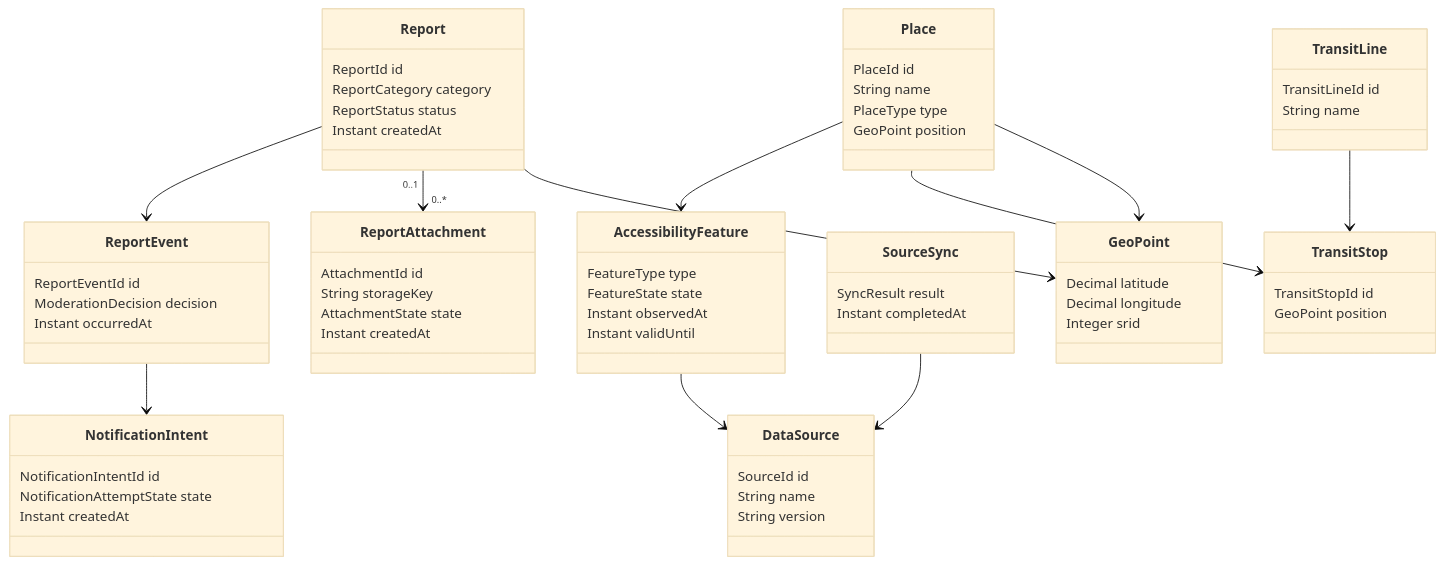
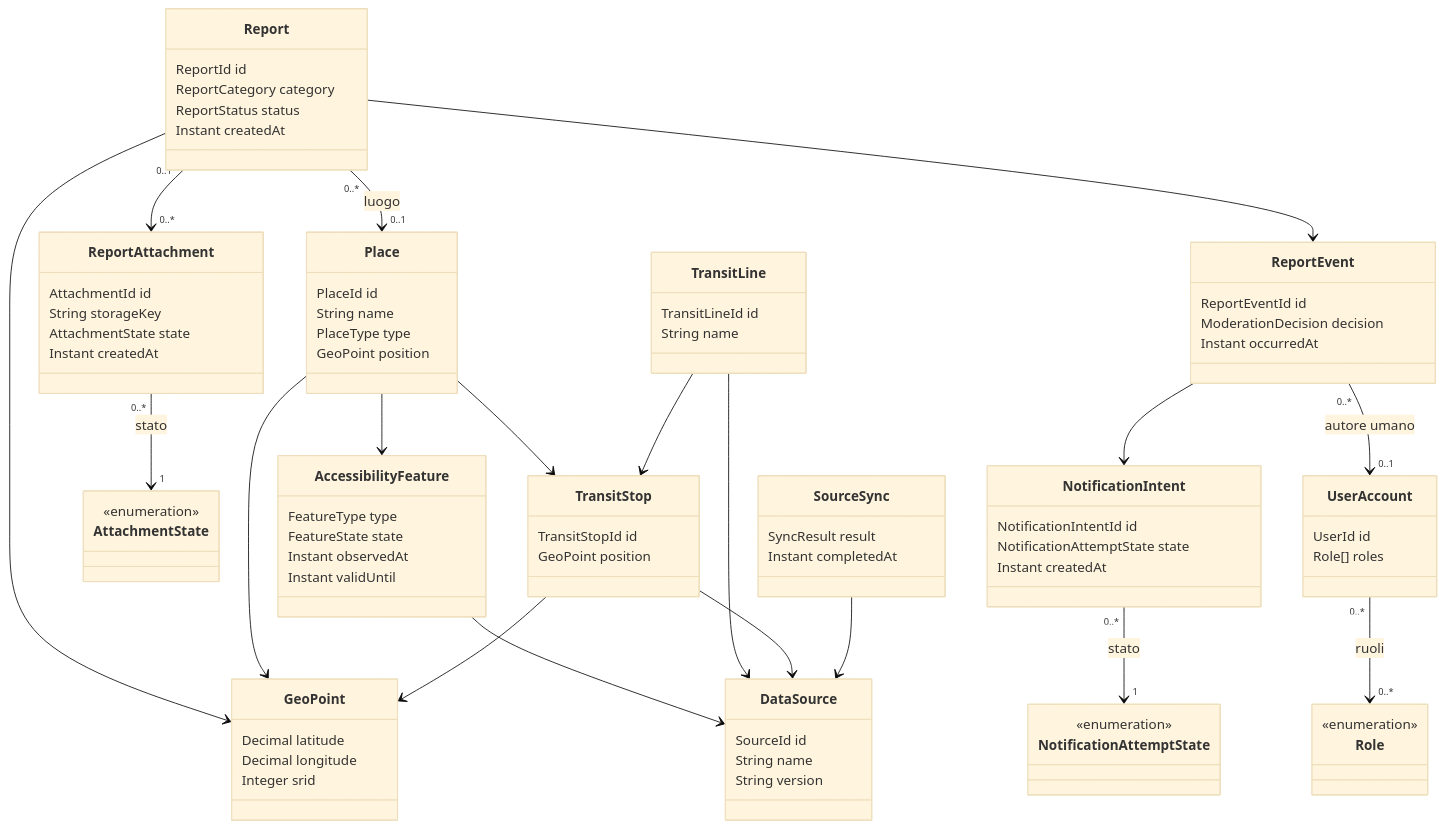
One commit to andreaplini/aegis changed the second of 9 diagrams in docs/RAD.md. Above: the diagram before and after it, drawn with Mermaid (base theme). The commit also changed other lines of this file and 5 other files, not shown here.

````diff
--- a/docs/RAD.md
+++ b/docs/RAD.md
@@ -404,10 +404,23 @@
     AttachmentState state
     Instant createdAt
   }
+  class AttachmentState {
+    <<enumeration>>
+  }
   class NotificationIntent {
     NotificationIntentId id
     NotificationAttemptState state
     Instant createdAt
+  }
+  class NotificationAttemptState {
+    <<enumeration>>
+  }
+  class UserAccount {
+    UserId id
+    Role[] roles
+  }
+  class Role {
+    <<enumeration>>
   }
   class DataSource {
     SourceId id
@@ -436,9 +449,17 @@
   TransitLine --> TransitStop
   Report --> ReportEvent
   Report "0..1" --> "0..*" ReportAttachment
+  Report "0..*" --> "0..1" Place : luogo
+  ReportEvent "0..*" --> "0..1" UserAccount : autore umano
+  UserAccount "0..*" --> "0..*" Role : ruoli
+  ReportAttachment "0..*" --> "1" AttachmentState : stato
+  NotificationIntent "0..*" --> "1" NotificationAttemptState : stato
   ReportEvent --> NotificationIntent
   Report --> GeoPoint
   Place --> GeoPoint
+  TransitStop --> GeoPoint
   AccessibilityFeature --> DataSource
+  TransitLine --> DataSource
+  TransitStop --> DataSource
   SourceSync --> DataSource
 ```
````
